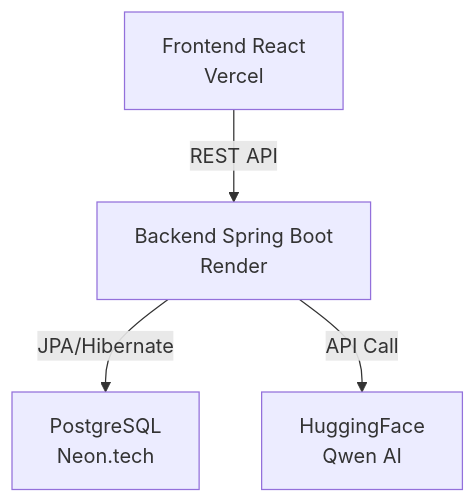
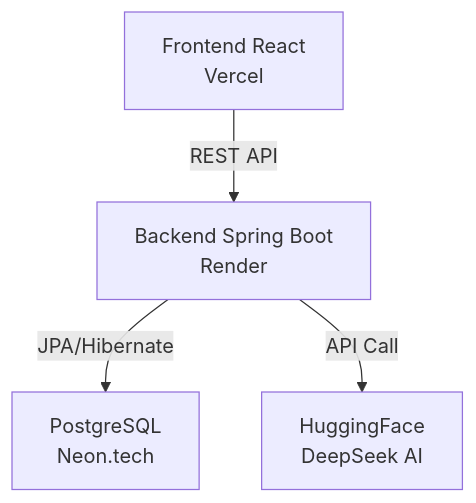
Before and after one commit to Devmodjo/QuickExpo: the diagram in README.md, drawn with Mermaid. The commit also changed other lines of this file, not shown here.

````diff
--- a/README.md
+++ b/README.md
@@ -32,6 +32,6 @@
 ```mermaid
 graph TD
     A[Frontend React<br/>Vercel] -->|REST API| B[Backend Spring Boot<br/>Render]
     B -->|JPA/Hibernate| C[PostgreSQL<br/>Neon.tech]
-    B -->|API Call| D[HuggingFace<br/>Qwen AI]
+    B -->|API Call| D[HuggingFace<br/>DeepSeek AI]
 ```
````
